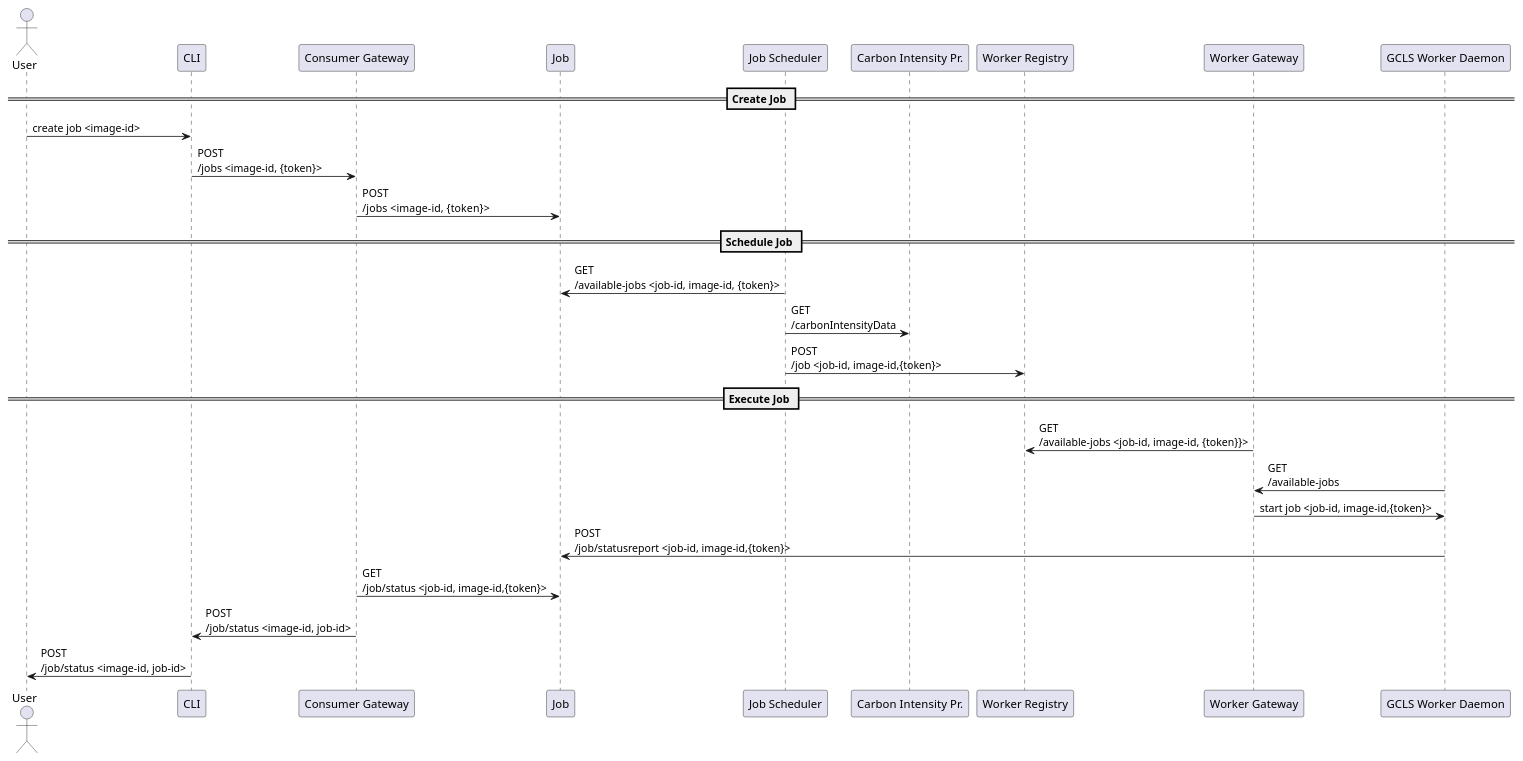
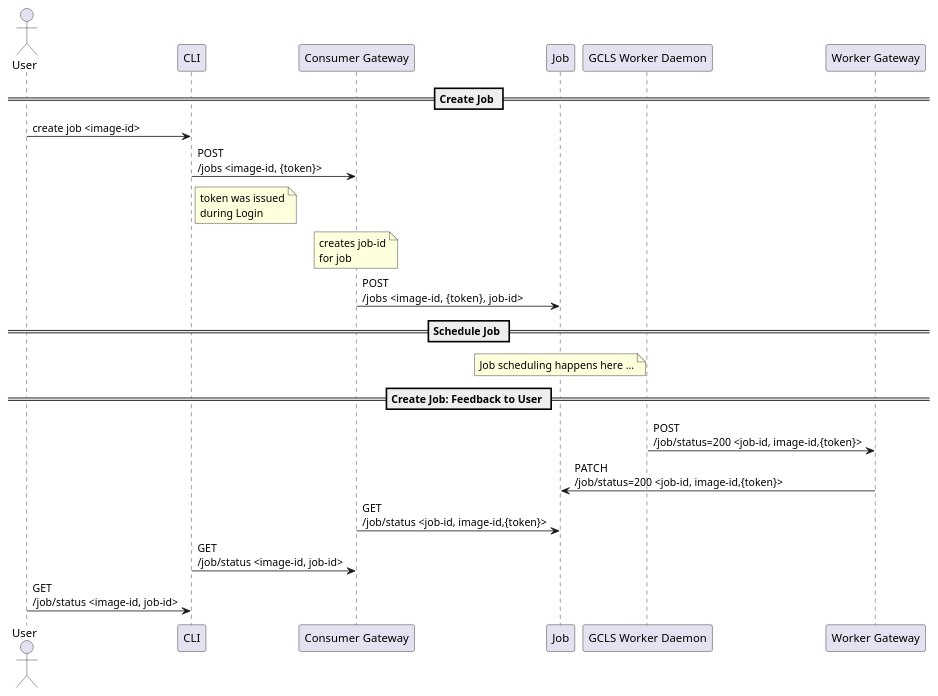
Before and after one commit to informatik-mannheim/cmg-ss2025: the diagram in phase01-ella/create-job.puml, drawn with PlantUML.

Commit message:
Sequence Diagramm added

```diff
--- a/phase01-ella/create-job.puml
+++ b/phase01-ella/create-job.puml
@@ -1,24 +1,23 @@
 @startuml
 actor "User"
 
 
 == Create Job ==
 User -> CLI: create job <image-id>
 CLI -> "Consumer Gateway": POST\n/jobs <image-id, {token}>
-"Consumer Gateway" -> Job: POST\n/jobs  <image-id, {token}>
+note right of CLI: token was issued\nduring Login
+note over "Consumer Gateway": creates job-id\nfor job
+"Consumer Gateway" -> Job: POST\n/jobs  <image-id, {token}, job-id>
+
 
 == Schedule Job ==
-"Job Scheduler" -> Job: GET\n/available-jobs <job-id, image-id, {token}>
-"Job Scheduler" -> "Carbon Intensity Pr.": GET\n/carbonIntensityData
-"Job Scheduler" -> "Worker Registry": POST\n/job <job-id, image-id,{token}>
+note over Job: Job scheduling happens here ... 
 
-== Execute Job ==
-"Worker Gateway" -> "Worker Registry": GET\n/available-jobs <job-id, image-id, {token}}>
-"GCLS Worker Daemon" -> "Worker Gateway": GET\n/available-jobs
-"Worker Gateway" -> "GCLS Worker Daemon": start job <job-id, image-id,{token}>
-"GCLS Worker Daemon" -> "Job": POST\n/job/statusreport <job-id, image-id,{token}>
+== Create Job: Feedback to User ==
+"GCLS Worker Daemon" -> "Worker Gateway": POST\n/job/status=200 <job-id, image-id,{token}>
+"Worker Gateway" -> "Job": PATCH\n/job/status=200 <job-id, image-id,{token}>
 "Consumer Gateway" -> "Job": GET\n/job/status <job-id, image-id,{token}>
-"Consumer Gateway" -> "CLI": POST\n/job/status <image-id, job-id>
-"CLI" -> "User": POST\n/job/status <image-id, job-id>
+"CLI" -> "Consumer Gateway": GET\n/job/status <image-id, job-id>
+"User" -> "CLI": GET\n/job/status <image-id, job-id>
 
 @enduml
```
